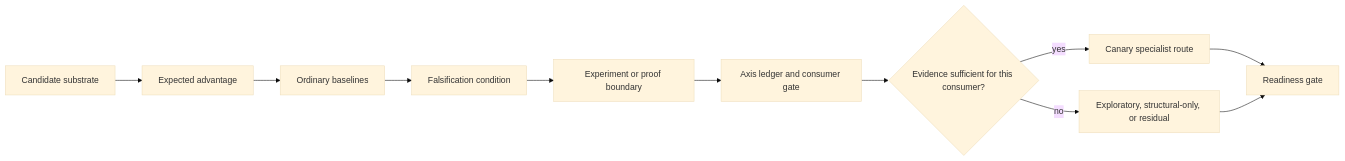
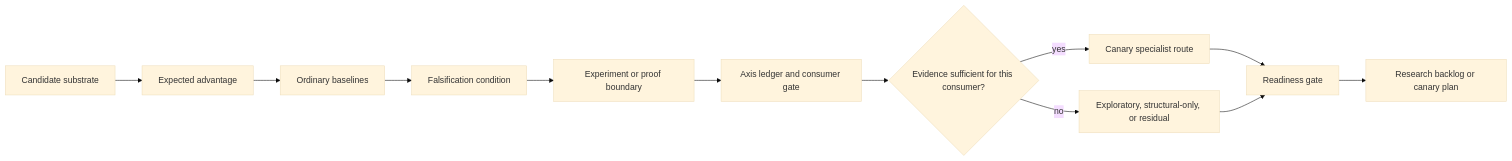
Before and after one commit to corbensorenson/asi-stack-book: the diagram in chapters/mathematical-and-search-substrates.qmd, drawn with Mermaid (base theme). The commit also changed 20 other files, not shown here.

Commit message:
Raise diagram substance floor

````diff
--- a/chapters/mathematical-and-search-substrates.qmd
+++ b/chapters/mathematical-and-search-substrates.qmd
@@ -117,13 +117,14 @@
 ```{mermaid}
 flowchart LR
   A["Candidate substrate"] --> B["Expected advantage"]
   B --> C["Ordinary baselines"]
   C --> D["Falsification condition"]
   D --> E["Experiment or proof boundary"]
   E --> F["Axis ledger and consumer gate"]
   F --> G{"Evidence sufficient for this consumer?"}
   G -- "yes" --> H["Canary specialist route"]
   G -- "no" --> I["Exploratory, structural-only, or residual"]
   H --> J["Readiness gate"]
   I --> J
+  J --> K["Research backlog or canary plan"]
 ```
````
